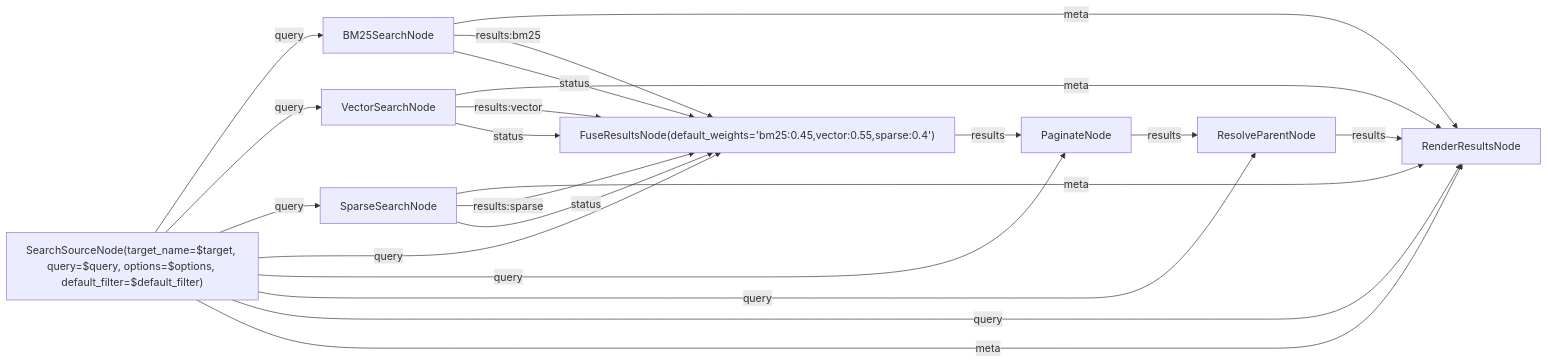
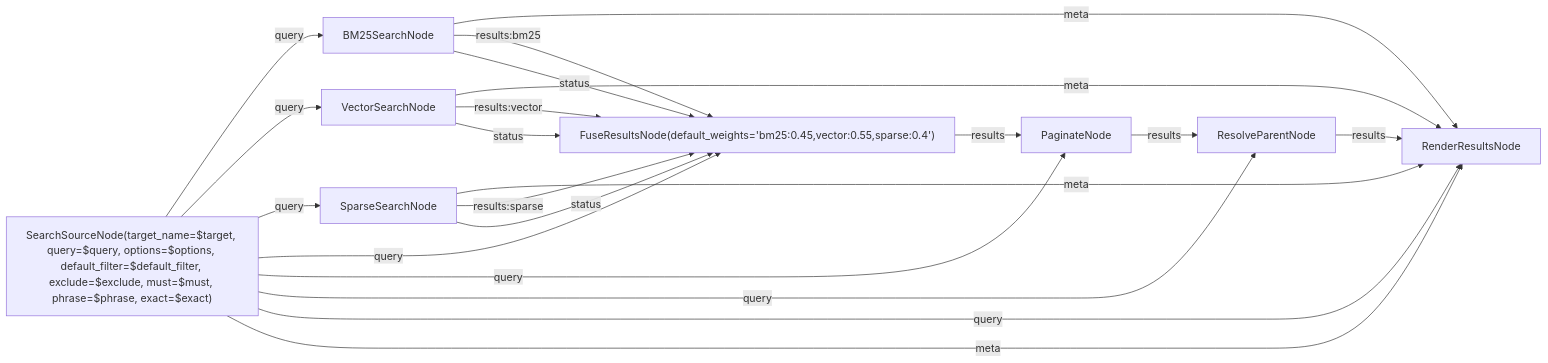
The diagram in extension/rag3weaver/templates/tools/search_structured.mmd (L-Defraiteur/rag3db), drawn with Mermaid before and after one commit. The commit also changed 15 other files, not shown here.

```diff
--- a/extension/rag3weaver/templates/tools/search_structured.mmd
+++ b/extension/rag3weaver/templates/tools/search_structured.mmd
@@ -1,37 +1,41 @@
 %% tool: search_structured
 %% description: Recherche structurée dans une entité : lucivy et dense local, filtres appliqués par chaque signal avant fusion et pagination.
 %% param: target string! -- Entité où chercher.
 %% param: query string! -- Description naturelle ou nom de carte. Du texte seulement : aucun caractère n'y est un opérateur (-, --, +, guillemets, AND/OR, parenthèses sont cherchés tels quels).
 %% param: options json = {} -- SearchOptions : filter_condition, limit, offset, signals, consistency. Les restrictions collection/deck sont injectées ici avant l'exécution.
 %% param: default_filter json = {} -- Un filtre que l'outil pose par défaut (sa liaison au manifeste) : il ne vaut que si options n'a pas de filter_condition ; un filter_condition explicite, même {}, le remplace.
+%% param: exclude json = [] -- Écarter les résultats dont le texte contient l'un de ces mots (liste, ["test"]) ; sans tenir compte de la casse, sauf exact. Avant la limite, pour chaque signal.
+%% param: must json = [] -- Ne garder que les résultats dont le texte contient chacun de ces mots (liste) ; sans tenir compte de la casse, sauf exact.
+%% param: phrase json = [] -- Ne garder que les résultats dont le texte contient chacune de ces phrases, telles quelles (liste) ; sans tenir compte de la casse, sauf exact.
+%% param: exact bool = false -- true : exclude, must et phrase tiennent compte de la casse.
 %% result: render.results
 
 graph LR
-    source["SearchSourceNode(target_name=$target, query=$query, options=$options, default_filter=$default_filter)"]
+    source["SearchSourceNode(target_name=$target, query=$query, options=$options, default_filter=$default_filter, exclude=$exclude, must=$must, phrase=$phrase, exact=$exact)"]
     bm25["BM25SearchNode"]
     vector["VectorSearchNode"]
     sparse["SparseSearchNode"]
     fuse["FuseResultsNode(default_weights='bm25:0.45,vector:0.55,sparse:0.4')"]
     paginate["PaginateNode"]
     resolve["ResolveParentNode"]
     render["RenderResultsNode"]
     source -->|query| bm25
     source -->|query| vector
     source -->|query| sparse
     source -->|query| fuse
     source -->|query| paginate
     source -->|query| resolve
     source -->|query| render
     source -->|meta| render
     bm25 -->|meta| render
     vector -->|meta| render
     sparse -->|meta| render
     bm25 -->|results:bm25| fuse
     bm25 -->|status| fuse
     vector -->|results:vector| fuse
     vector -->|status| fuse
     sparse -->|results:sparse| fuse
     sparse -->|status| fuse
     fuse -->|results| paginate
     paginate -->|results| resolve
     resolve -->|results| render
```
